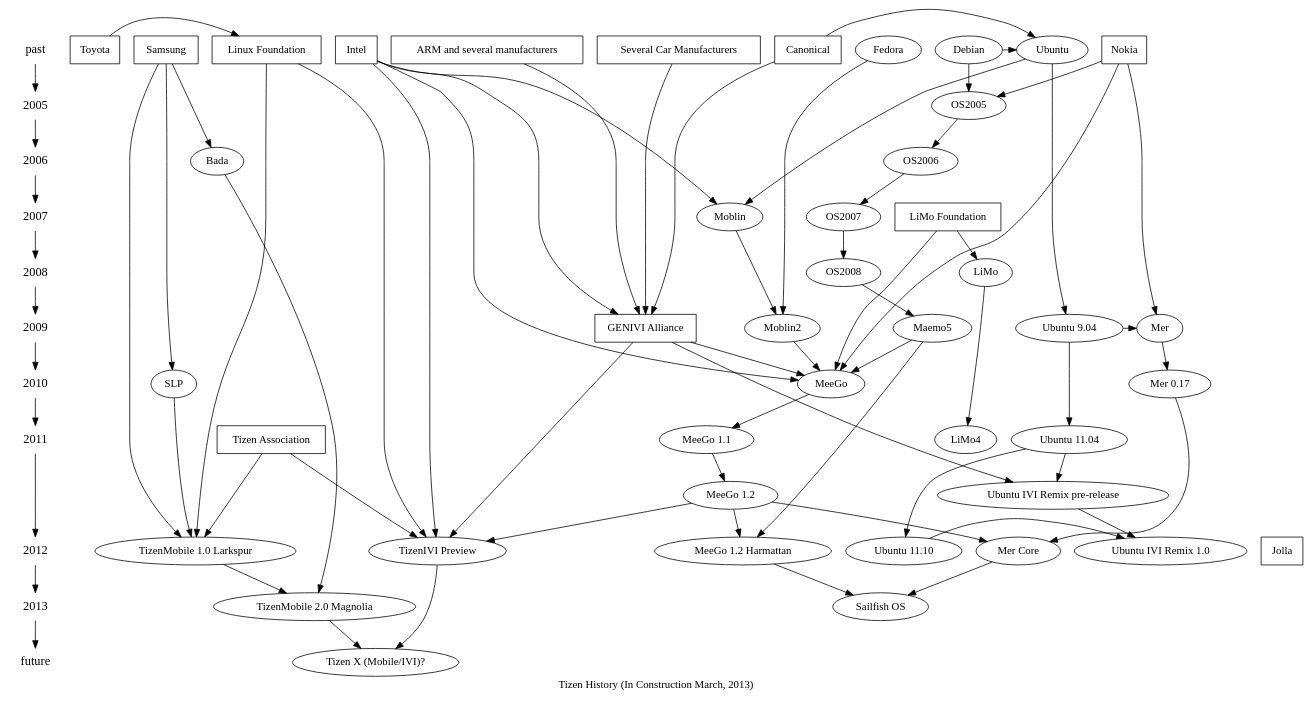
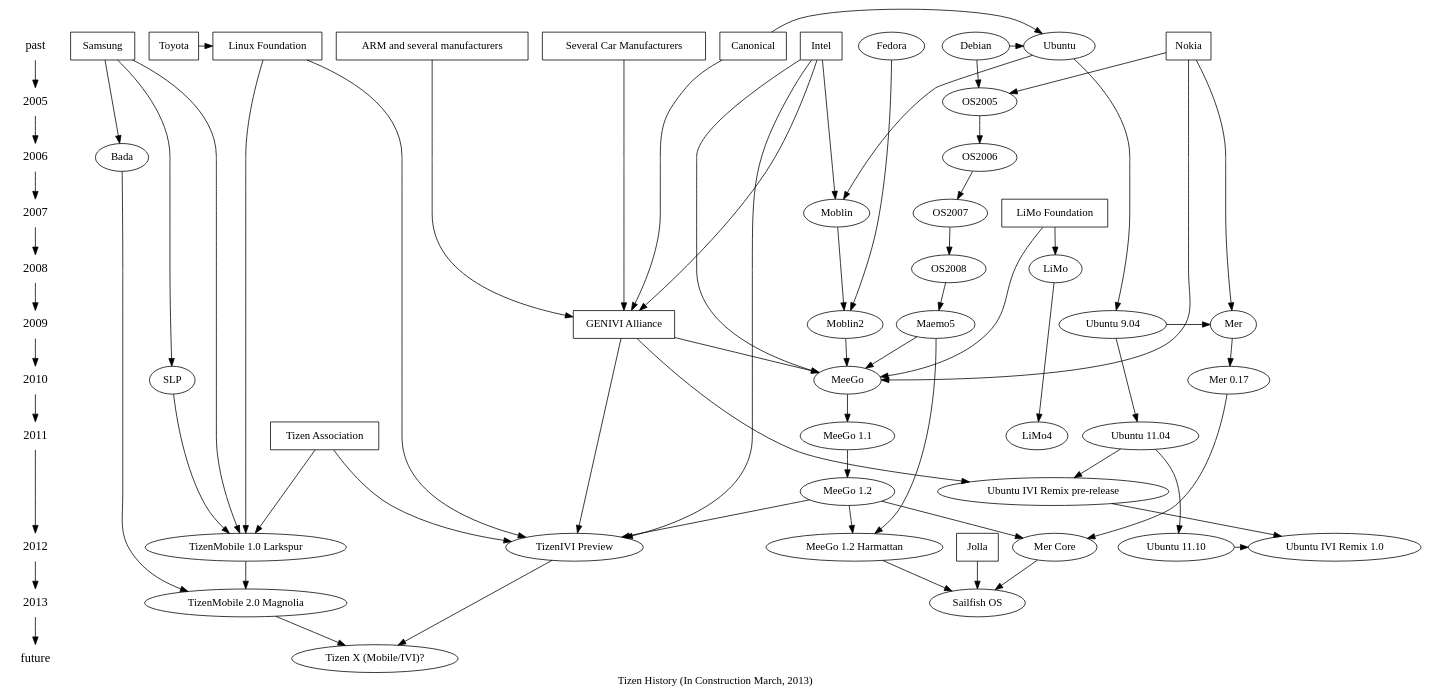
One commit to kumadasu/tizen-history changed the diagram in tizen-history.dot. Above: the diagram before and after it, drawn with Graphviz. The commit also changed 1 other file, not shown here.

Commit message:
Connetct Sailfish OS from Jolla, and update pdf

```diff
--- a/tizen-history.dot
+++ b/tizen-history.dot
@@ -1,93 +1,94 @@
 digraph tizenhistory {
 graph [label="Tizen History (In Construction March, 2013)"]
 /*timeline*/
 {
 	node [shape=plaintext, fontsize=16];
 	"past" -> /*1990 ->
 	1991 -> 1992 -> 1993 -> 1994 -> 1995 ->
 	1996 -> 1997 -> 1998 -> 1999 -> 2000 ->
 	2001 -> 2002 -> 2003 -> 2004 ->*/ 2005 ->
 	2006 -> 2007 -> 2008 -> 2009 -> 2010 ->
 	2011 -> 2012 -> 2013 -> "future";
 }
 
 /* Organizations */
 {
 	node [shape=box];
 	{ rank = same; "past"; "Nokia"}
 	{ rank = same; "past"; "Intel"}
 	{ rank = same; "past"; "Samsung"}
 	{ rank = same; "past"; "ARM and several manufacturers"}
 	{ rank = same; "past"; "Several Car Manufacturers"}
 	{ rank = same; "past"; "Canonical"}
 	{ rank = same; "past"; "Linux Foundation"}
 	{ rank = same; "past"; "Toyota"}
 	{ rank = same; "2007"; "LiMo Foundation"}
 	{ rank = same; "2009"; "GENIVI Alliance"}
 	{ rank = same; "2011"; "Tizen Association"} //?
 	{ rank = same; "2012"; "Jolla"} //?
 "Toyota" -> "Linux Foundation";
 "Intel" -> "GENIVI Alliance";
 "Several Car Manufacturers" -> "GENIVI Alliance";
 "ARM and several manufacturers" -> "GENIVI Alliance";
 "Canonical" -> "GENIVI Alliance";
 }
 
 /* Technologies */
 {
 	node [shape=plaintext];
 //	"HTML5";
 }
 
 /* OS */
 { rank = same; "past"; "Ubuntu"; "Fedora"; "Debian"}
 { rank = same; 2005; "OS2005"}
 { rank = same; 2006; "OS2006"}
 { rank = same; 2007; "OS2007"; "Moblin"}
 { rank = same; 2008; "OS2008"; "LiMo"}
 { rank = same; 2009; "Maemo5"; "Moblin2"; "Ubuntu 9.04"; "Mer"}
 { rank = same; 2010; "MeeGo"; "Mer 0.17"; "SLP"}
 { rank = same; 2011; "Ubuntu 11.04"; "LiMo4"}
 { rank = same; "Ubuntu 11.10"; "Ubuntu IVI Remix 1.0"}
 { rank = same; 2012; "TizenMobile 1.0 Larkspur"; "TizenIVI Preview"};
 { rank = same; "TizenMobile 1.0 Larkspur" }
 { rank = same; 2013; "TizenMobile 2.0 Magnolia"; "Sailfish OS"}
 	"Debian" -> "Ubuntu";
 	"Debian" -> "OS2005" -> "OS2006" -> "OS2007" -> "OS2008" -> "Maemo5" -> "MeeGo";
 	"Ubuntu" -> "Moblin" -> "Moblin2";
 	"Fedora" -> "Moblin2" -> "MeeGo";
 	"Ubuntu 9.04" -> "Mer" -> "Mer 0.17" -> "Mer Core";
 	"LiMo" -> "LiMo4";
 	"MeeGo" -> "MeeGo 1.1" -> "MeeGo 1.2" -> "TizenIVI Preview";
 	"Maemo5" -> "MeeGo 1.2 Harmattan";
 	"MeeGo 1.2" -> "Mer Core";
 	"MeeGo 1.2 Harmattan" -> "Sailfish OS";
 	"Mer Core" -> "Sailfish OS";
 	"MeeGo 1.2" -> "MeeGo 1.2 Harmattan";
 	"SLP" -> "TizenMobile 1.0 Larkspur";
 	"Bada" -> "TizenMobile 2.0 Magnolia";
 	"TizenMobile 1.0 Larkspur" -> "TizenMobile 2.0 Magnolia" -> "Tizen X (Mobile/IVI)?";
 	"TizenIVI Preview" -> "Tizen X (Mobile/IVI)?";
 	"Ubuntu" -> "Ubuntu 9.04" -> "Ubuntu 11.04" -> "Ubuntu 11.10" -> "Ubuntu IVI Remix 1.0";
 	"Ubuntu 11.04" -> "Ubuntu IVI Remix pre-release" -> "Ubuntu IVI Remix 1.0";
 
 "Canonical" -> "Ubuntu";
 "Nokia" -> "OS2005";
 "Intel" -> "Moblin";
 "Intel" -> "MeeGo";
 "Nokia" -> "Mer";
 "Nokia" -> "MeeGo";
 "Samsung" -> "Bada";
 "Samsung" -> "SLP";
 "Intel" -> "TizenIVI Preview";
 "Samsung" -> "TizenMobile 1.0 Larkspur";
 "GENIVI Alliance" -> "MeeGo";
 "GENIVI Alliance" -> "TizenIVI Preview";
 "GENIVI Alliance" -> "Ubuntu IVI Remix pre-release";
 "LiMo Foundation" -> "LiMo";
 "LiMo Foundation" -> "MeeGo";
 "Tizen Association" -> "TizenIVI Preview";
 "Tizen Association" -> "TizenMobile 1.0 Larkspur";
 "Linux Foundation" -> "TizenIVI Preview";
 "Linux Foundation" -> "TizenMobile 1.0 Larkspur";
+"Jolla" -> "Sailfish OS"
 }
```
